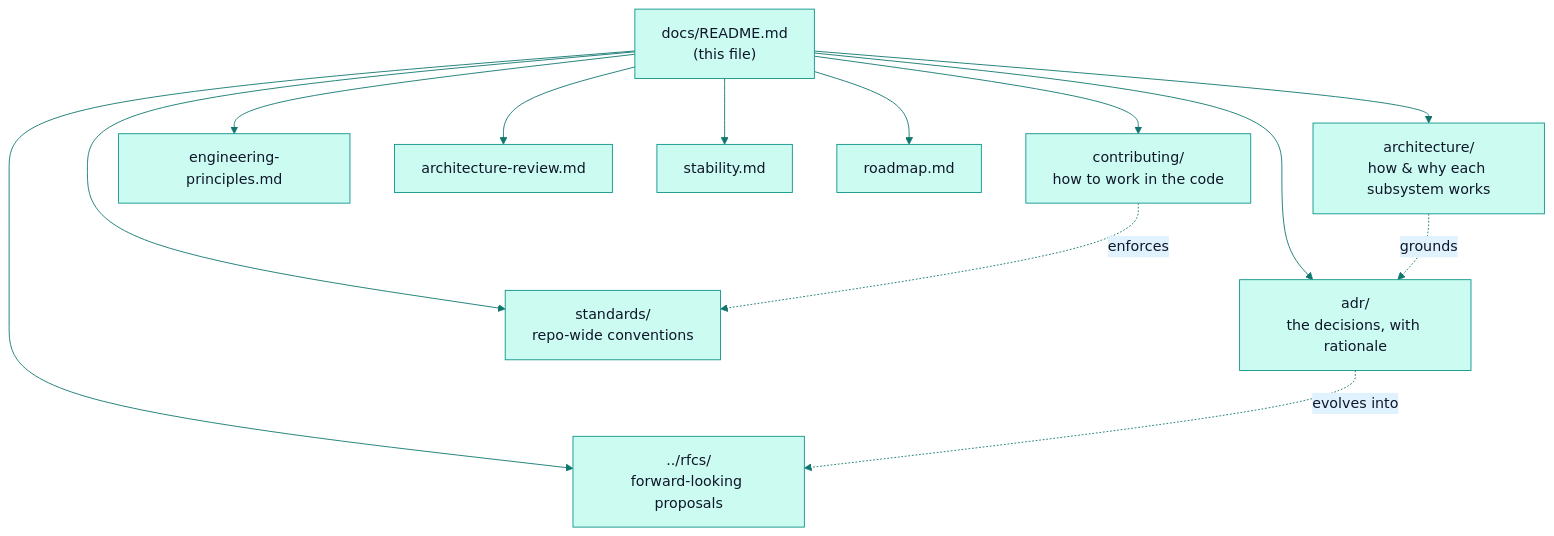
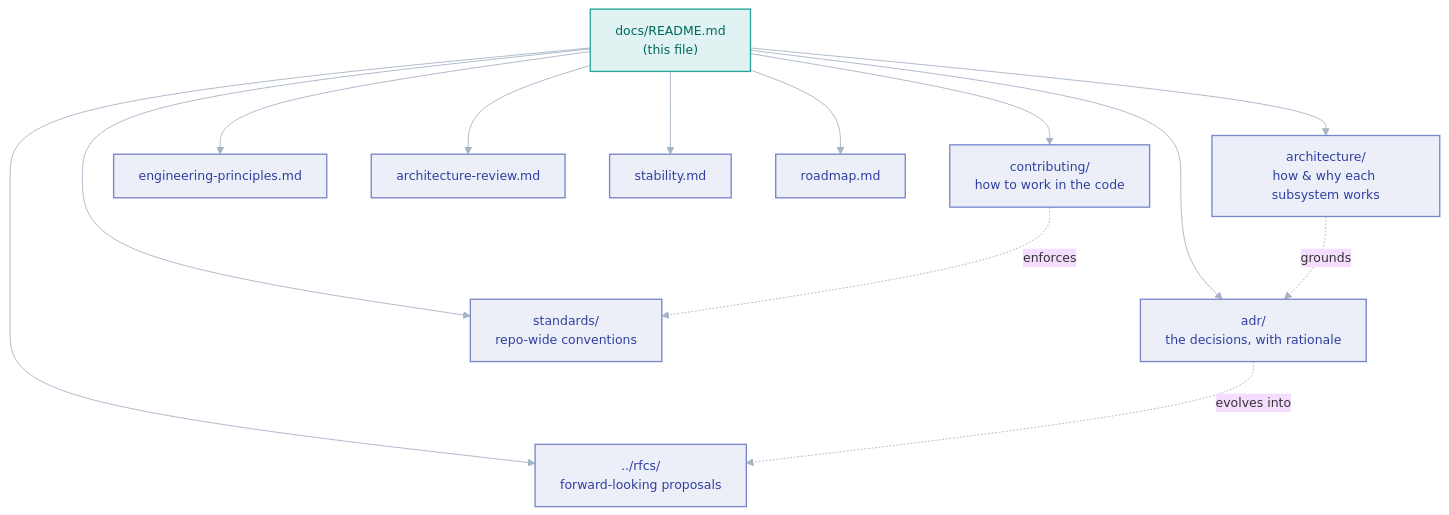
The diagram in docs/README.md (PawanSikawat/faucet-stream), drawn with Mermaid before and after one commit. The commit also changed 28 other files, not shown here.

First line of the commit message:
docs: upgrade Mermaid diagrams to V2 role-coded style

````diff
--- a/docs/README.md
+++ b/docs/README.md
@@ -18,18 +18,22 @@
 ```mermaid
-%%{init: {'theme':'base','themeVariables':{'primaryColor':'#ccfbf1','primaryTextColor':'#0f172a','primaryBorderColor':'#0d9488','lineColor':'#0f766e','secondaryColor':'#e0f2fe','tertiaryColor':'#f0fdfa','fontFamily':'-apple-system,BlinkMacSystemFont,Segoe UI,sans-serif'}}}%%
+%%{init: {'theme':'base','flowchart':{'curve':'basis','nodeSpacing':50,'rankSpacing':72,'padding':14},'themeVariables':{'fontFamily':'-apple-system,BlinkMacSystemFont,Segoe UI,sans-serif','fontSize':'14px','lineColor':'#a5b4c4','clusterBkg':'#f8fafc','clusterBorder':'#e2e8f0'}}}%%
 flowchart TD
     Hub["docs/README.md<br/>(this file)"]
     Hub --> Arch["architecture/<br/>how & why each subsystem works"]
     Hub --> ADR["adr/<br/>the decisions, with rationale"]
     Hub --> Contrib["contributing/<br/>how to work in the code"]
     Hub --> Std["standards/<br/>repo-wide conventions"]
     Hub --> RFC["../rfcs/<br/>forward-looking proposals"]
     Hub --> Principles["engineering-principles.md"]
     Hub --> Review["architecture-review.md"]
     Hub --> Stability["stability.md"]
     Hub --> Roadmap["roadmap.md"]
 
     Arch -. grounds .-> ADR
     ADR -. evolves into .-> RFC
     Contrib -. enforces .-> Std
+    classDef src fill:#e0f2f1,stroke:#26a69a,stroke-width:1.5px,color:#00695c
+    classDef proc fill:#eceff8,stroke:#7986cb,stroke-width:1.5px,color:#303f9f
+    class Hub src
+    class Arch,ADR,Contrib,Std,RFC,Principles,Review,Stability,Roadmap proc
 ```
````
